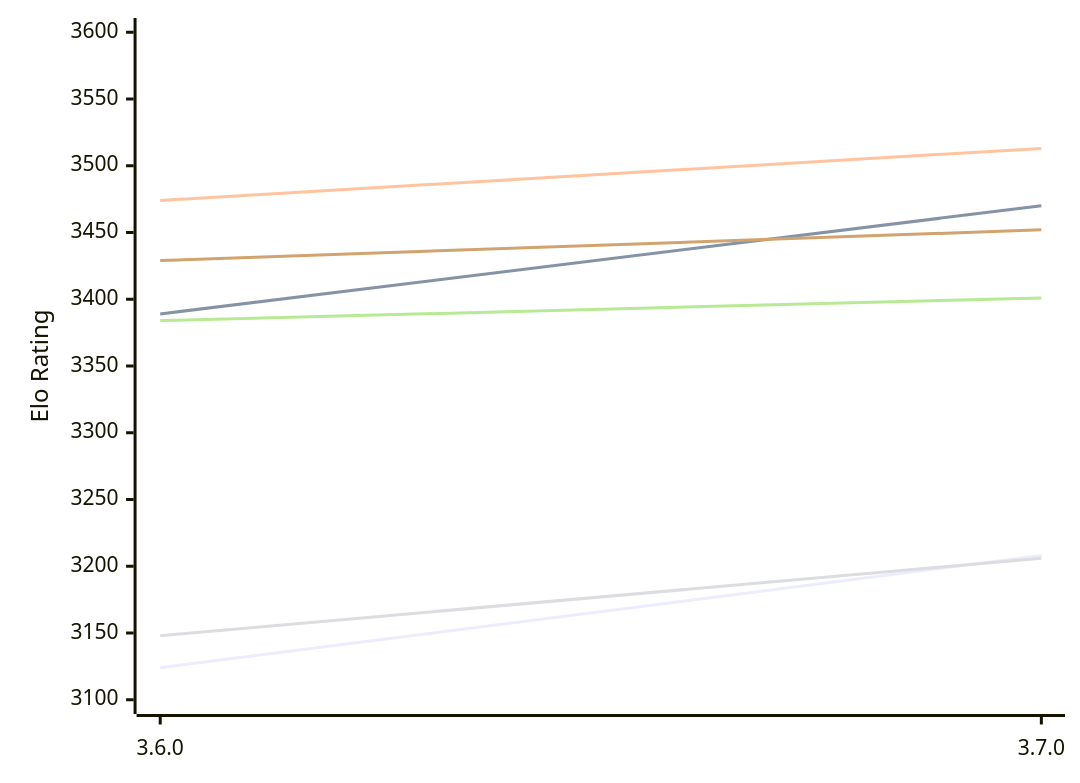
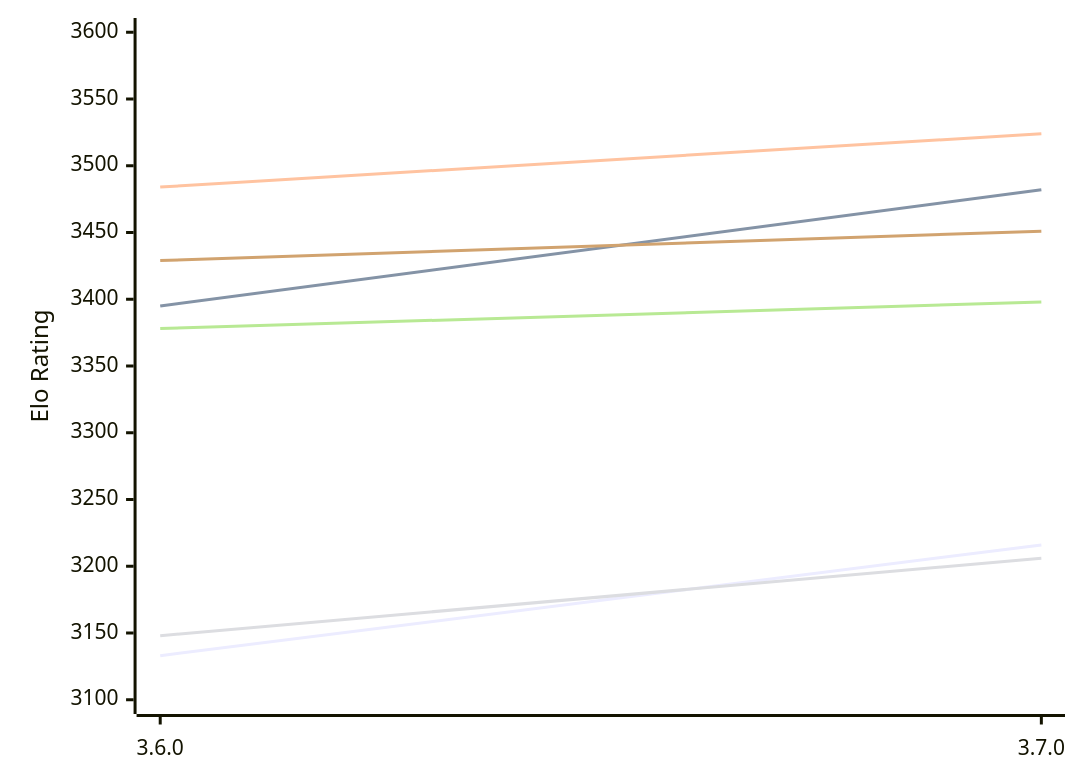
Before and after one commit to computer-chess-index/cci: the diagram in engines/Simplechess.md, drawn with Mermaid. The commit also changed other lines of this file, not shown here.

Commit message:
Update CCI Ratings (ELO VLTC) - 2026-11-16

````diff
--- a/engines/Simplechess.md
+++ b/engines/Simplechess.md
@@ -49,12 +49,12 @@
 ```mermaid
 %%{init: {"theme":"base","themeVariables":{"seriesColors:['#a3a3a3','#222221','#faa371']}}}%%
 xychart-beta
   x-axis ["3.6.0", "3.7.0"]
   y-axis "Elo Rating" 3100 --> 3600
-  line "E1: STC (8.0+0.08s)" [3124, 3208]
-  line "E1: LTC (60.0+0.60s)" [3389, 3470]
-  line "E1: VLTC (2m24s+1.12s)" [3474, 3513]
+  line "E1: STC (8.0+0.08s)" [3133, 3216]
+  line "E1: LTC (60.0+0.60s)" [3395, 3482]
+  line "E1: VLTC (2m24s+1.12s)" [3484, 3524]
   line "P1: STC (8.0+0.08s)" [3148, 3206]
-  line "P1: LTC (60.0+0.60s)" [3384, 3401]
-  line "P1: VLTC (2m24s+1.12s)" [3429, 3452]
+  line "P1: LTC (60.0+0.60s)" [3378, 3398]
+  line "P1: VLTC (2m24s+1.12s)" [3429, 3451]
 ```
````
